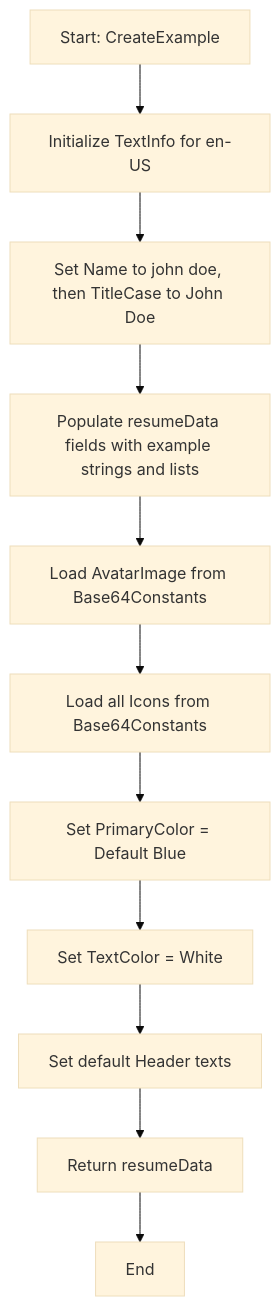
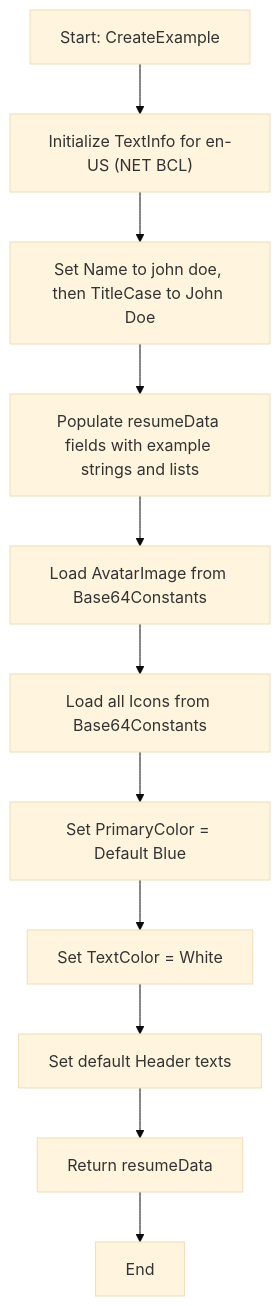
Before and after one commit to jonatancompiani/ResumeBuilder: the second of 4 diagrams in Docs/ApplicationServices/ResumeContentService.md, drawn with Mermaid (base theme). The commit also changed other lines of this file and 8 other files, not shown here.

````diff
--- a/Docs/ApplicationServices/ResumeContentService.md
+++ b/Docs/ApplicationServices/ResumeContentService.md
@@ -41,13 +41,13 @@
     ```mermaid
     graph TD
-        ceA["Start: CreateExample"] --> ceB["Initialize TextInfo for en-US"];
+        ceA["Start: CreateExample"] --> ceB["Initialize TextInfo for en-US (NET BCL)"];
         ceB --> ceC["Set Name to john doe, then TitleCase to John Doe"];
         ceC --> ceD["Populate resumeData fields with example strings and lists"];
         ceD --> ceE["Load AvatarImage from Base64Constants"];
         ceE --> ceF["Load all Icons from Base64Constants"];
         ceF --> ceG["Set PrimaryColor = Default Blue"];
         ceG --> ceH["Set TextColor = White"];
         ceH --> ceI["Set default Header texts"];
         ceI --> ceJ["Return resumeData"];
         ceJ --> ceK["End"];
     ```
````
